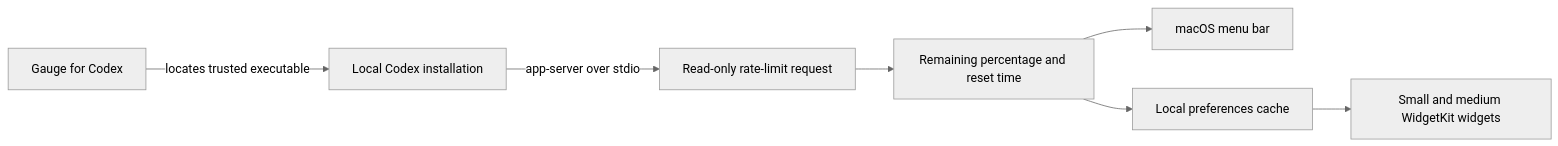
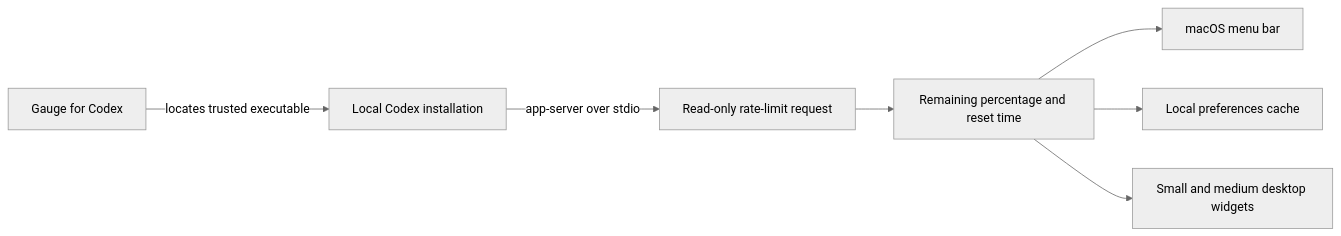
Before and after one commit to qingtan-labs/AgentReadout: the diagram in README.md, drawn with Mermaid (neutral theme). The commit also changed other lines of this file and 22 other files, not shown here.

Commit message:
Replace WidgetKit extension with desktop widget

````diff
--- a/README.md
+++ b/README.md
@@ -78,9 +78,9 @@
 ```mermaid
 flowchart LR
     A[Gauge for Codex] -->|locates trusted executable| B[Local Codex installation]
     B -->|app-server over stdio| C[Read-only rate-limit request]
     C --> D[Remaining percentage and reset time]
     D --> E[macOS menu bar]
     D --> F[Local preferences cache]
-    F --> G[Small and medium WidgetKit widgets]
+    D --> G[Small and medium desktop widgets]
 ```
````
